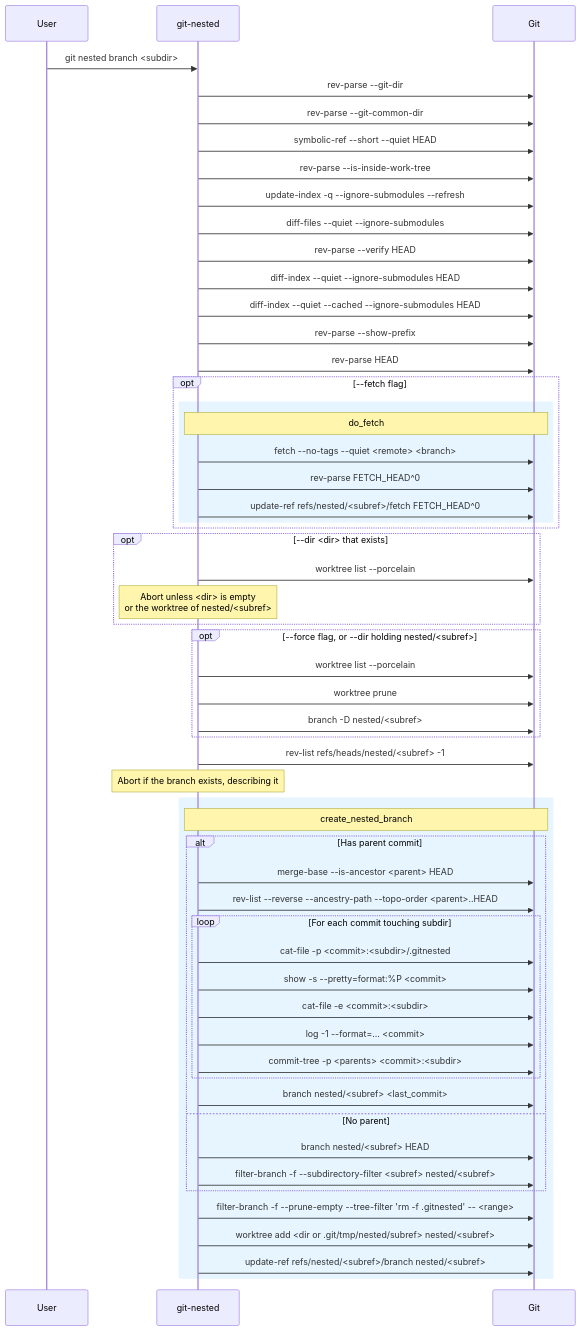
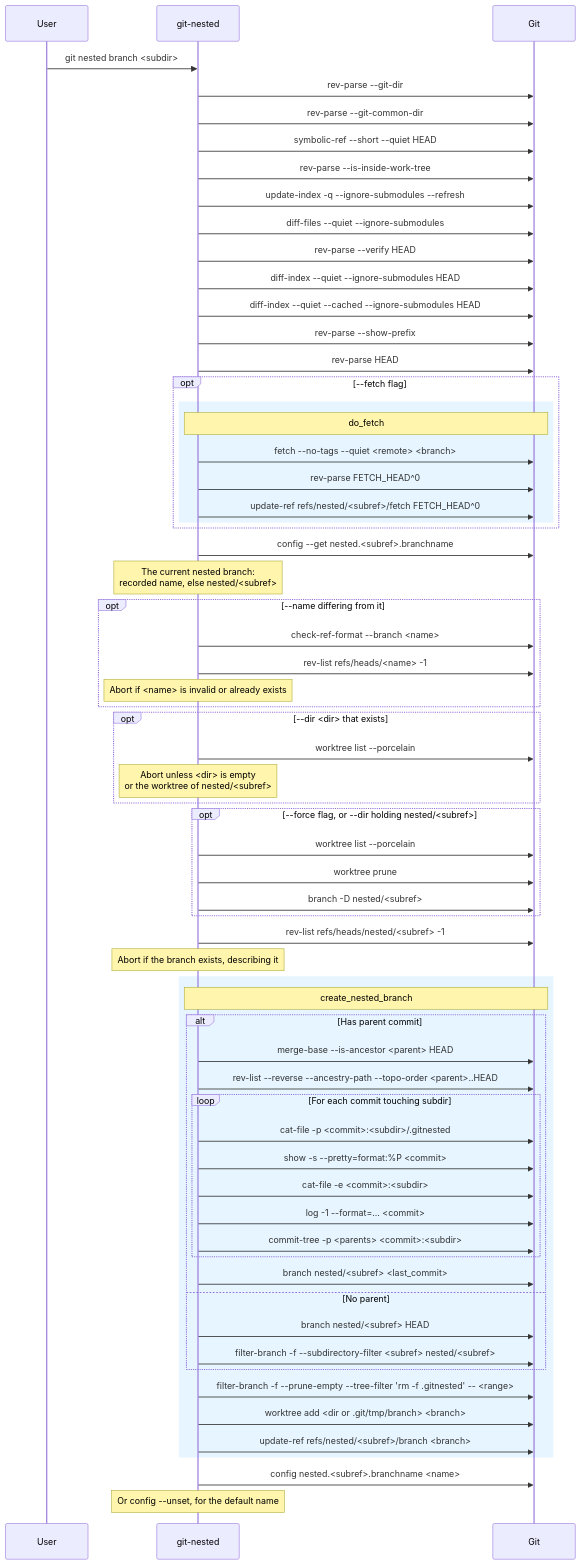
One commit to thorsten-klein/git-nested changed the sixth of 13 diagrams in docs/diagrams.md. Above: the diagram before and after it, drawn with Mermaid. The commit also changed 16 other files, not shown here.

First line of the commit message:
feat(branch): choose the name of the nested branch with --name (#52)

````diff
--- a/docs/diagrams.md
+++ b/docs/diagrams.md
@@ -303,65 +303,77 @@
 ```mermaid
 sequenceDiagram
     participant User
     participant git-nested
     participant Git
 
     User->>git-nested: git nested branch <subdir>
     git-nested->>Git: rev-parse --git-dir
     git-nested->>Git: rev-parse --git-common-dir
     git-nested->>Git: symbolic-ref --short --quiet HEAD
     git-nested->>Git: rev-parse --is-inside-work-tree
     git-nested->>Git: update-index -q --ignore-submodules --refresh
     git-nested->>Git: diff-files --quiet --ignore-submodules
     git-nested->>Git: rev-parse --verify HEAD
     git-nested->>Git: diff-index --quiet --ignore-submodules HEAD
     git-nested->>Git: diff-index --quiet --cached --ignore-submodules HEAD
     git-nested->>Git: rev-parse --show-prefix
     git-nested->>Git: rev-parse HEAD
 
     opt --fetch flag
         rect rgb(230, 245, 255)
             Note over git-nested,Git: do_fetch
             git-nested->>Git: fetch --no-tags --quiet <remote> <branch>
             git-nested->>Git: rev-parse FETCH_HEAD^0
             git-nested->>Git: update-ref refs/nested/<subref>/fetch FETCH_HEAD^0
         end
+    end
+
+    git-nested->>Git: config --get nested.<subref>.branchname
+    Note over git-nested: The current nested branch:<br/>recorded name, else nested/<subref>
+
+    opt --name differing from it
+        git-nested->>Git: check-ref-format --branch <name>
+        git-nested->>Git: rev-list refs/heads/<name> -1
+        Note over git-nested: Abort if <name> is invalid or already exists
     end
 
     opt --dir <dir> that exists
         git-nested->>Git: worktree list --porcelain
         Note over git-nested: Abort unless <dir> is empty<br/>or the worktree of nested/<subref>
     end
 
     opt --force flag, or --dir holding nested/<subref>
         git-nested->>Git: worktree list --porcelain
         git-nested->>Git: worktree prune
         git-nested->>Git: branch -D nested/<subref>
     end
 
     git-nested->>Git: rev-list refs/heads/nested/<subref> -1
     Note over git-nested: Abort if the branch exists, describing it
 
     rect rgb(230, 245, 255)
         Note over git-nested,Git: create_nested_branch
         alt Has parent commit
             git-nested->>Git: merge-base --is-ancestor <parent> HEAD
             git-nested->>Git: rev-list --reverse --ancestry-path --topo-order <parent>..HEAD
             loop For each commit touching subdir
                 git-nested->>Git: cat-file -p <commit>:<subdir>/.gitnested
                 git-nested->>Git: show -s --pretty=format:%P <commit>
                 git-nested->>Git: cat-file -e <commit>:<subdir>
                 git-nested->>Git: log -1 --format=... <commit>
                 git-nested->>Git: commit-tree -p <parents> <commit>:<subdir>
             end
             git-nested->>Git: branch nested/<subref> <last_commit>
         else No parent
             git-nested->>Git: branch nested/<subref> HEAD
             git-nested->>Git: filter-branch -f --subdirectory-filter <subref> nested/<subref>
         end
 
         git-nested->>Git: filter-branch -f --prune-empty --tree-filter 'rm -f .gitnested' -- <range>
-        git-nested->>Git: worktree add <dir or .git/tmp/nested/subref> nested/<subref>
-        git-nested->>Git: update-ref refs/nested/<subref>/branch nested/<subref>
+        git-nested->>Git: worktree add <dir or .git/tmp/branch> <branch>
+        git-nested->>Git: update-ref refs/nested/<subref>/branch <branch>
     end
+
+    git-nested->>Git: config nested.<subref>.branchname <name>
+    Note over git-nested: Or config --unset, for the default name
 ```
````
